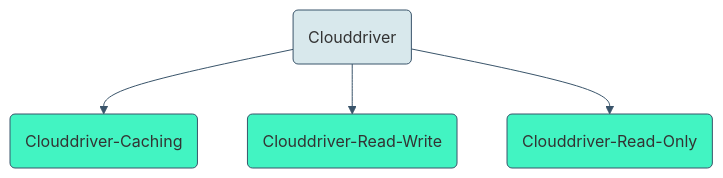
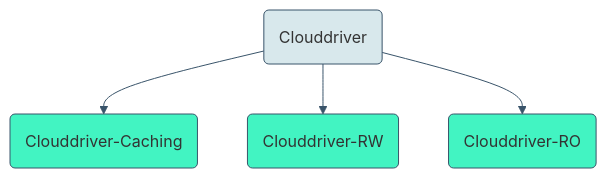
Before and after one commit to spinnaker/spinnaker.github.io: the first of 3 diagrams in reference/halyard/high-availability.md, drawn with Mermaid. The commit also changed other lines of this file, not shown here.

```diff
--- a/reference/halyard/high-availability.md
+++ b/reference/halyard/high-availability.md
@@ -18,13 +20,13 @@
  <div class="mermaid">
  graph TB
 
  clouddriver(Clouddriver) --> clouddriver-caching(Clouddriver-Caching);
- clouddriver --> clouddriver-rw(Clouddriver-Read-Write);
- clouddriver --> clouddriver-ro(Clouddriver-Read-Only);
+ clouddriver --> clouddriver-rw(Clouddriver-RW);
+ clouddriver --> clouddriver-ro(Clouddriver-RO);
 
  classDef default fill:#d8e8ec,stroke:#39546a;
  linkStyle default stroke:#39546a,stroke-width:1px,fill:none;
 
  classDef split fill:#42f4c2,stroke:#39546a;
  class clouddriver-caching,clouddriver-ro,clouddriver-rw,echo-scheduler,echo-slave split
  </div>
```
